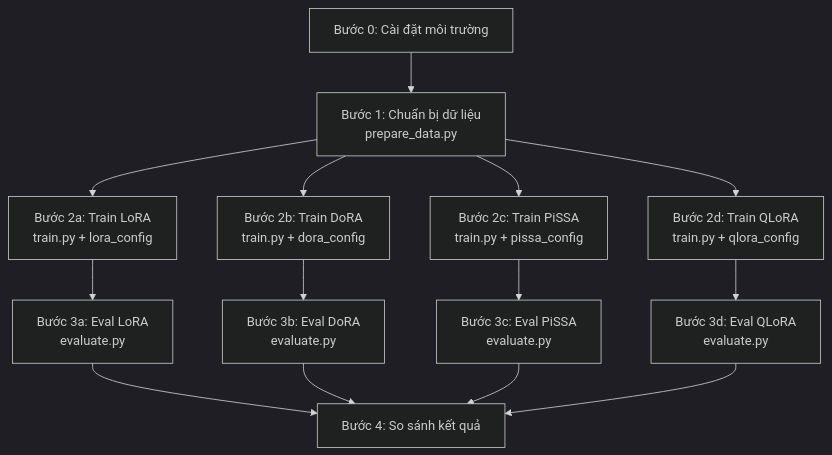
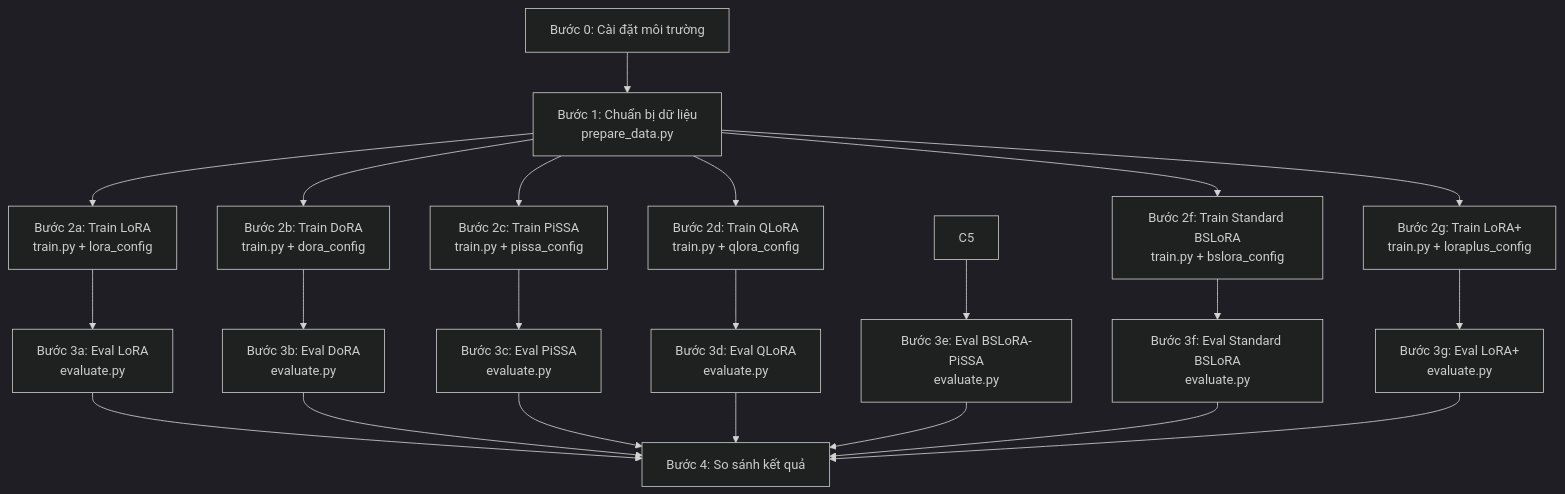
The first of 2 diagrams in pipeline_guide.md (TuTTC/BSLoRA-vs-PiSSA-LegalSLM), drawn with Mermaid (dark theme) before and after one commit. The commit also changed other lines of this file and 5 other files, not shown here.

````diff
--- a/pipeline_guide.md
+++ b/pipeline_guide.md
@@ -9,16 +9,24 @@
 ```mermaid
 graph TD
     A["Bước 0: Cài đặt môi trường"] --> B["Bước 1: Chuẩn bị dữ liệu<br/>prepare_data.py"]
     B --> C1["Bước 2a: Train LoRA<br/>train.py + lora_config"]
     B --> C2["Bước 2b: Train DoRA<br/>train.py + dora_config"]
     B --> C3["Bước 2c: Train PiSSA<br/>train.py + pissa_config"]
     B --> C4["Bước 2d: Train QLoRA<br/>train.py + qlora_config"]
+    B --> C6["Bước 2f: Train Standard BSLoRA<br/>train.py + bslora_config"]
+    B --> C7["Bước 2g: Train LoRA+<br/>train.py + loraplus_config"]
     C1 --> D1["Bước 3a: Eval LoRA<br/>evaluate.py"]
     C2 --> D2["Bước 3b: Eval DoRA<br/>evaluate.py"]
     C3 --> D3["Bước 3c: Eval PiSSA<br/>evaluate.py"]
     C4 --> D4["Bước 3d: Eval QLoRA<br/>evaluate.py"]
+    C5 --> D5["Bước 3e: Eval BSLoRA-PiSSA<br/>evaluate.py"]
+    C6 --> D6["Bước 3f: Eval Standard BSLoRA<br/>evaluate.py"]
+    C7 --> D7["Bước 3g: Eval LoRA+<br/>evaluate.py"]
     D1 --> E["Bước 4: So sánh kết quả"]
     D2 --> E
     D3 --> E
     D4 --> E
+    D5 --> E
+    D6 --> E
+    D7 --> E
 ```
````
